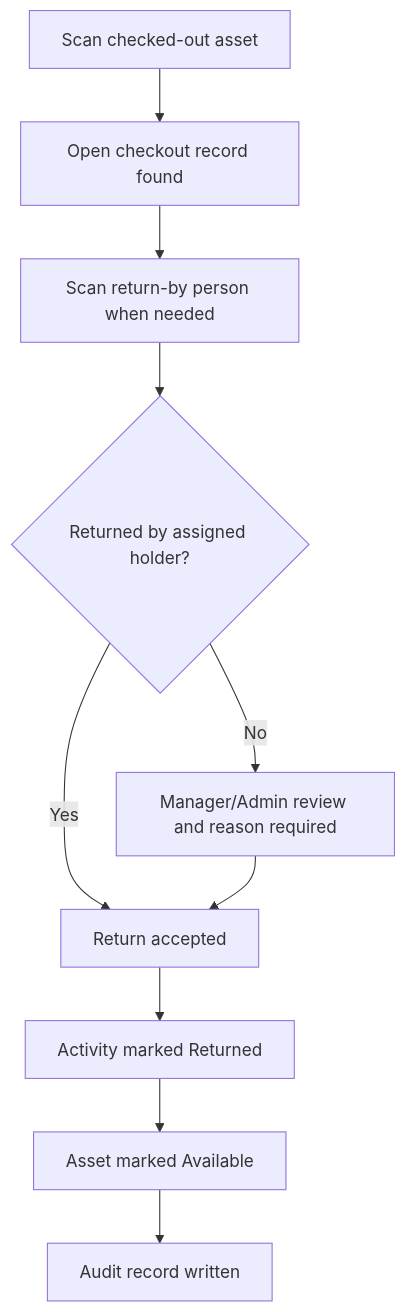
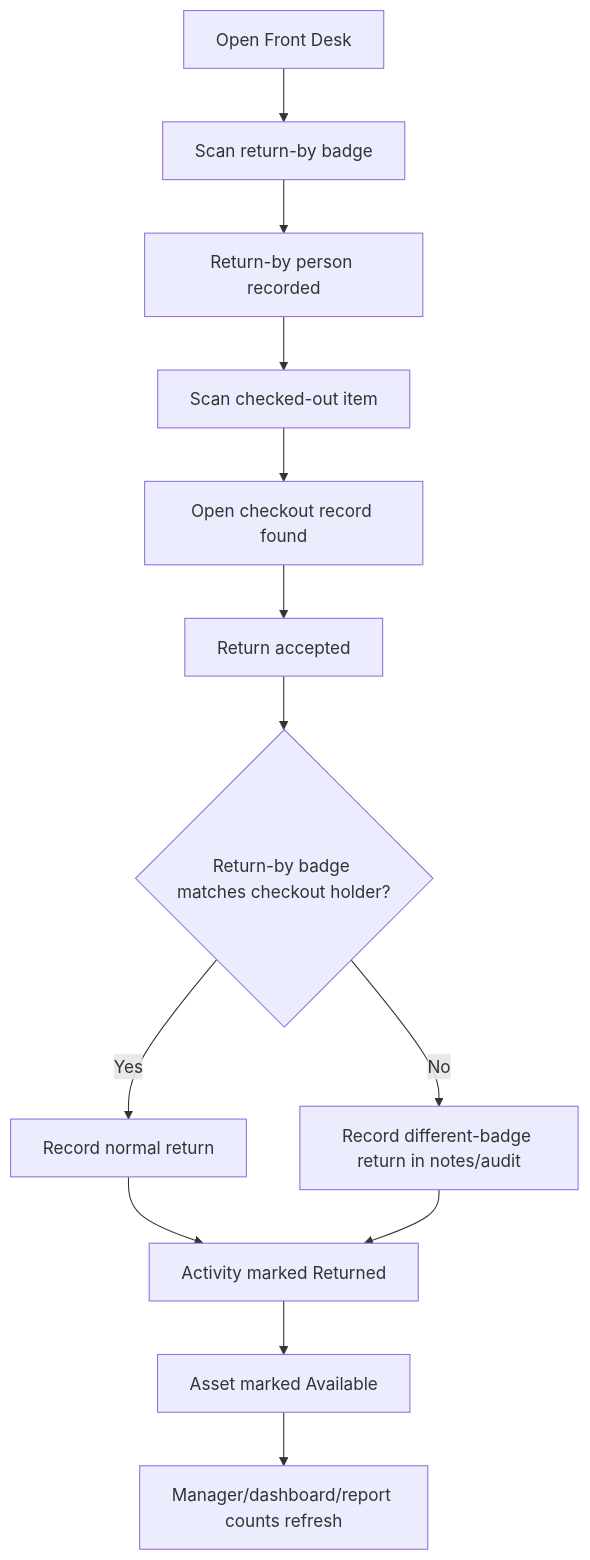
Before and after one commit to rice2k/macys-ap-accountability-system: the second of 4 diagrams in docs/HOW_IT_WORKS.md, drawn with Mermaid. The commit also changed other lines of this file and 39 other files, not shown here.

````diff
--- a/docs/HOW_IT_WORKS.md
+++ b/docs/HOW_IT_WORKS.md
@@ -23,12 +26,15 @@
 ```mermaid
 flowchart TD
-    A["Scan checked-out asset"] --> B["Open checkout record found"]
-    B --> C["Scan return-by person when needed"]
-    C --> D{"Returned by assigned holder?"}
-    D -->|Yes| E["Return accepted"]
-    D -->|No| F["Manager/Admin review and reason required"]
-    F --> E
-    E --> G["Activity marked Returned"]
-    G --> H["Asset marked Available"]
-    H --> I["Audit record written"]
+    A["Open Front Desk"] --> B["Scan return-by badge"]
+    B --> C["Return-by person recorded"]
+    C --> D["Scan checked-out item"]
+    D --> E["Open checkout record found"]
+    E --> F["Return accepted"]
+    F --> G{"Return-by badge matches checkout holder?"}
+    G -->|Yes| H["Record normal return"]
+    G -->|No| I["Record different-badge return in notes/audit"]
+    H --> J["Activity marked Returned"]
+    I --> J
+    J --> K["Asset marked Available"]
+    K --> L["Manager/dashboard/report counts refresh"]
 ```
````
